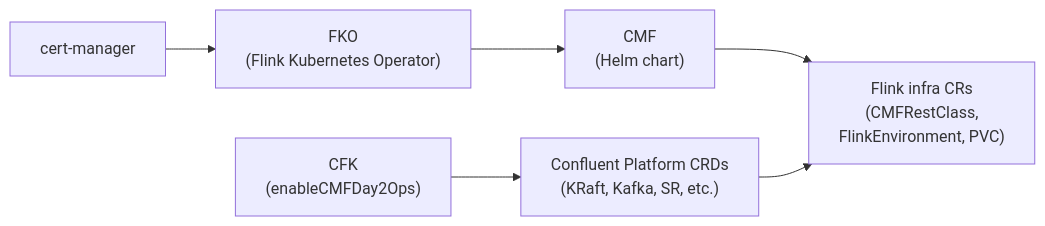
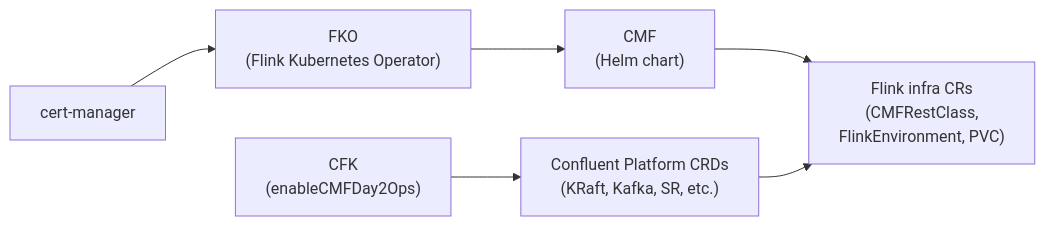
One commit to aadmassu/flink-on-k8s-with-cp changed the second of 3 diagrams in README-PHASE-II.md. Above: the diagram before and after it, drawn with Mermaid. The commit also changed 1 other file, not shown here.

Commit message:
Align CFK box under FKO in dependency chain diagrams

````diff
--- a/README-PHASE-II.md
+++ b/README-PHASE-II.md
@@ -125,9 +125,9 @@
 ```mermaid
 flowchart LR
     A["cert-manager"] --> B["FKO<br>(Flink Kubernetes Operator)"]
-    C["CFK<br>(enableCMFDay2Ops)"]
+    A ~~~ C["CFK<br>(enableCMFDay2Ops)"]
     B --> D["CMF<br>(Helm chart)"]
     C --> E["Confluent Platform CRDs<br>(KRaft, Kafka, SR, etc.)"]
     D --> F["Flink infra CRs<br>(CMFRestClass,<br>FlinkEnvironment, PVC)"]
     E --> F
 ```
````
